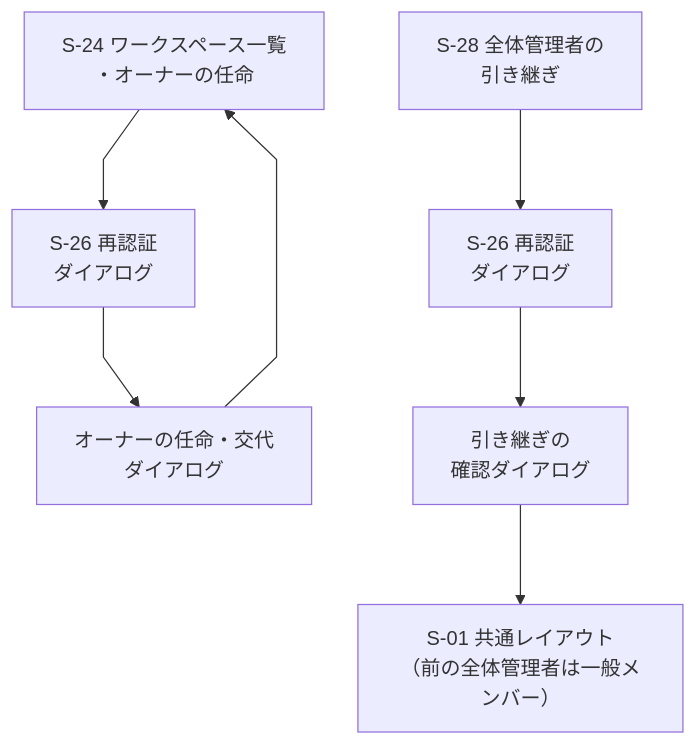
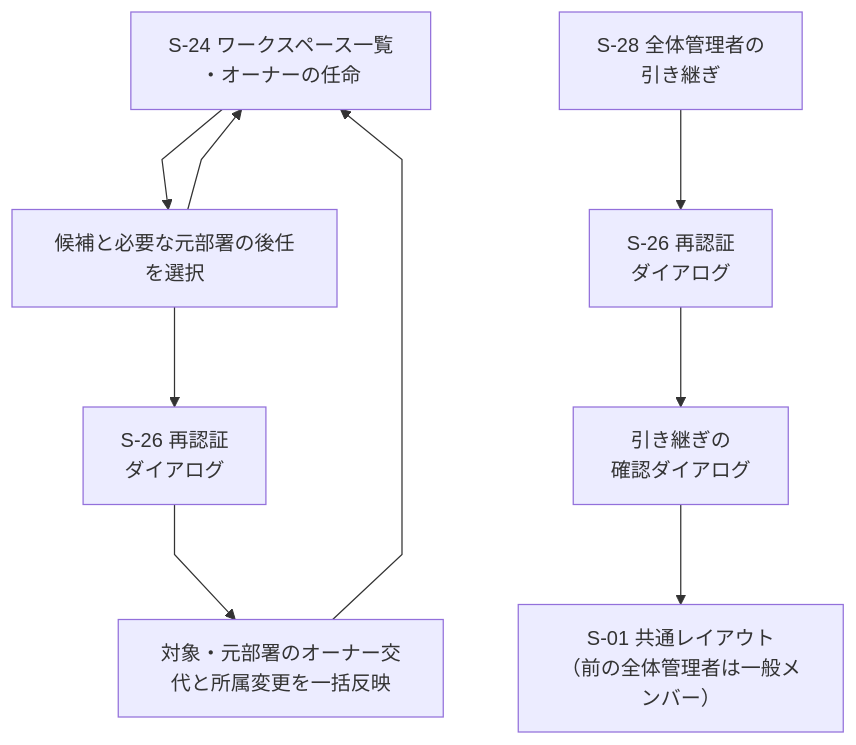
Diagram 13 of 13 in docs/requirements/screens.md (yamamotonaoki3/internal-system), drawn with Mermaid before and after one commit. The commit also changed other lines of this file and 20 other files, not shown here.

````diff
--- a/docs/requirements/screens.md
+++ b/docs/requirements/screens.md
@@ -444,10 +454,12 @@
 ```mermaid
 %%{init: {"flowchart": {"nodeSpacing": 60, "rankSpacing": 80, "curve": "linear", "htmlLabels": true}}}%%
 flowchart TD
-    S24["S-24 ワークスペース一覧<br/>・オーナーの任命"] --> S26a["S-26 再認証<br/>ダイアログ"]
-    S26a --> Own["オーナーの任命・交代<br/>ダイアログ"]
+    S24["S-24 ワークスペース一覧<br/>・オーナーの任命"] --> Own["候補と必要な元部署の後任を選択"]
+    Own --> S26a["S-26 再認証<br/>ダイアログ"]
+    S26a --> Done["対象・元部署のオーナー交代と所属変更を一括反映"]
+    Done --> S24
     Own --> S24
     S28["S-28 全体管理者の<br/>引き継ぎ"] --> S26b["S-26 再認証<br/>ダイアログ"]
     S26b --> Hand["引き継ぎの<br/>確認ダイアログ"]
     Hand --> S01["S-01 共通レイアウト<br/>（前の全体管理者は一般メンバー）"]
 ```
````
